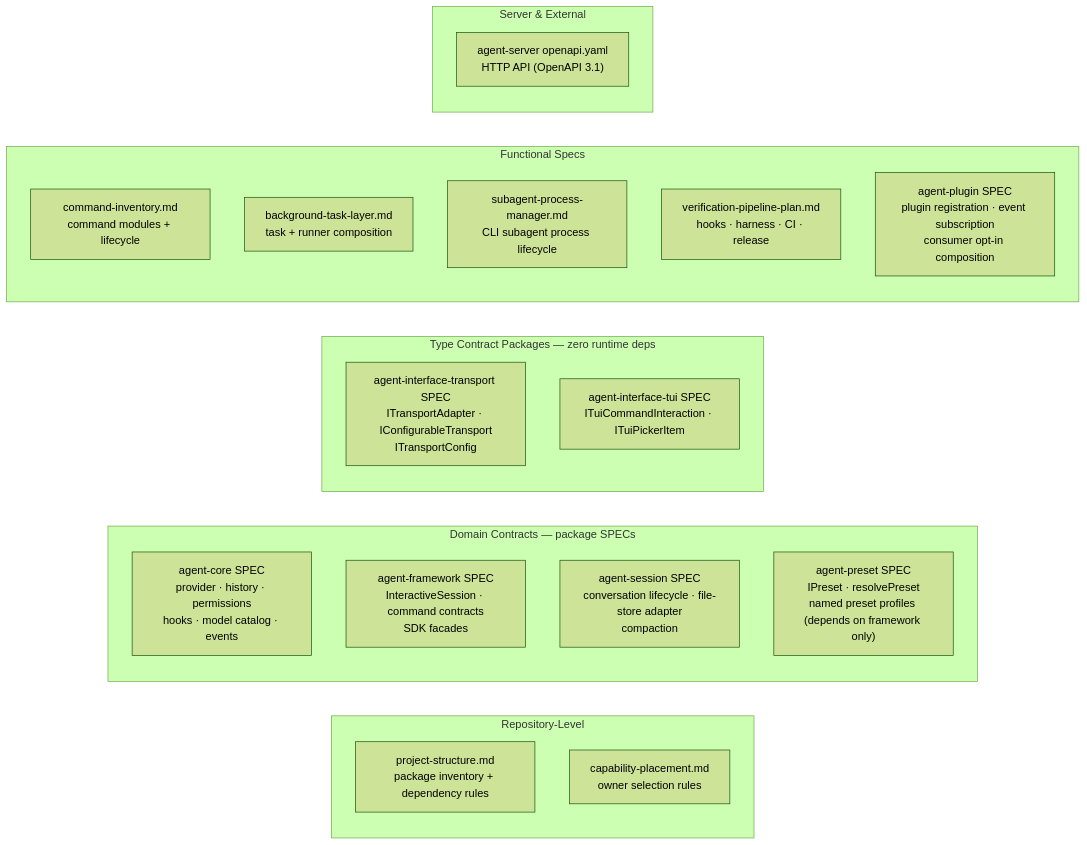
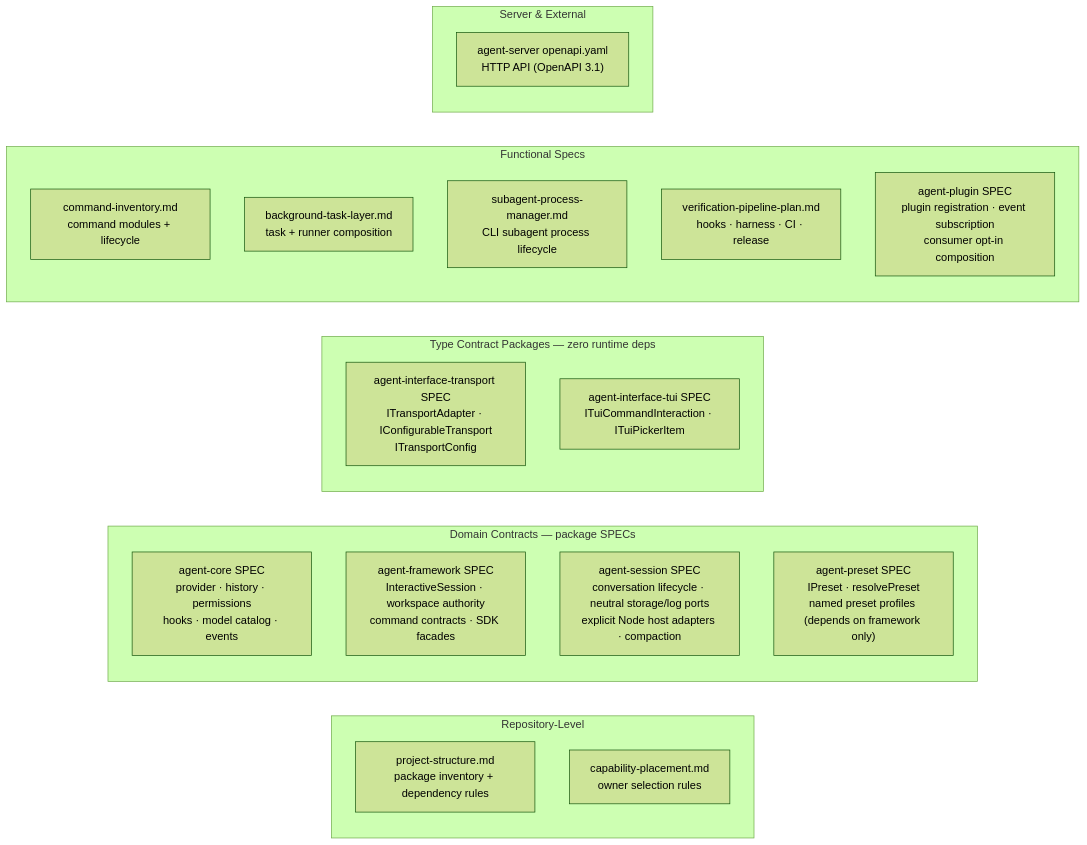
One commit to woojubb/robota changed the diagram in .agents/specs/architecture-map/cross-cutting-contracts.md. Above: the diagram before and after it, drawn with Mermaid (forest theme). The commit also changed other lines of this file and 98 other files, not shown here.

Commit message:
feat(framework): complete explicit project authority migration

````diff
--- a/.agents/specs/architecture-map/cross-cutting-contracts.md
+++ b/.agents/specs/architecture-map/cross-cutting-contracts.md
@@ -13,27 +13,27 @@
 ```mermaid
 graph LR
   subgraph Repo["Repository-Level"]
     PS["project-structure.md\npackage inventory + dependency rules"]
     CP["capability-placement.md\nowner selection rules"]
   end
   subgraph Domain["Domain Contracts — package SPECs"]
     CS["agent-core SPEC\nprovider · history · permissions\nhooks · model catalog · events"]
-    FS["agent-framework SPEC\nInteractiveSession · command contracts\nSDK facades"]
-    SS["agent-session SPEC\nconversation lifecycle · file-store adapter\ncompaction"]
+    FS["agent-framework SPEC\nInteractiveSession · workspace authority\ncommand contracts · SDK facades"]
+    SS["agent-session SPEC\nconversation lifecycle · neutral storage/log ports\nexplicit Node host adapters · compaction"]
     PR["agent-preset SPEC\nIPreset · resolvePreset\nnamed preset profiles (depends on framework only)"]
   end
   subgraph TypeContracts["Type Contract Packages — zero runtime deps"]
     IT["agent-interface-transport SPEC\nITransportAdapter · IConfigurableTransport\nITransportConfig"]
     IU["agent-interface-tui SPEC\nITuiCommandInteraction · ITuiPickerItem"]
   end
   subgraph Functional["Functional Specs"]
     CI["command-inventory.md\ncommand modules + lifecycle"]
     BT["background-task-layer.md\ntask + runner composition"]
     SP["subagent-process-manager.md\nCLI subagent process lifecycle"]
     VP["verification-pipeline-plan.md\nhooks · harness · CI · release"]
     PL["agent-plugin SPEC\nplugin registration · event subscription\nconsumer opt-in composition"]
   end
   subgraph Server["Server & External"]
     OA["agent-server openapi.yaml\nHTTP API (OpenAPI 3.1)"]
   end
 ```
````
